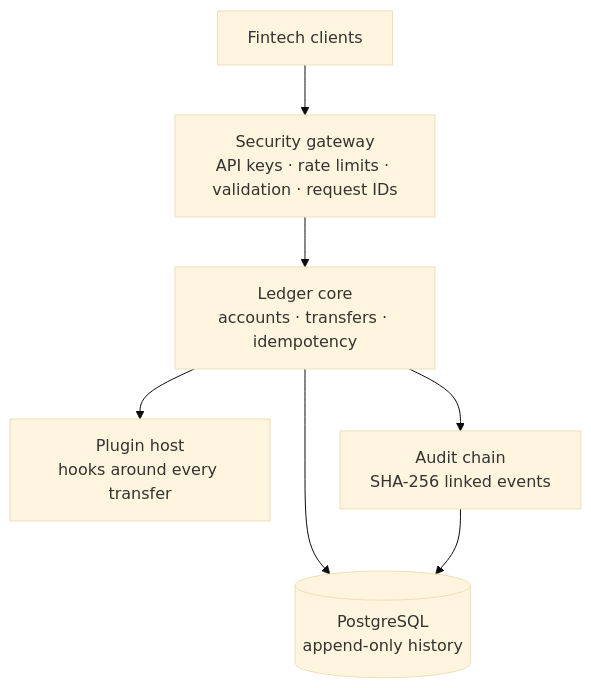
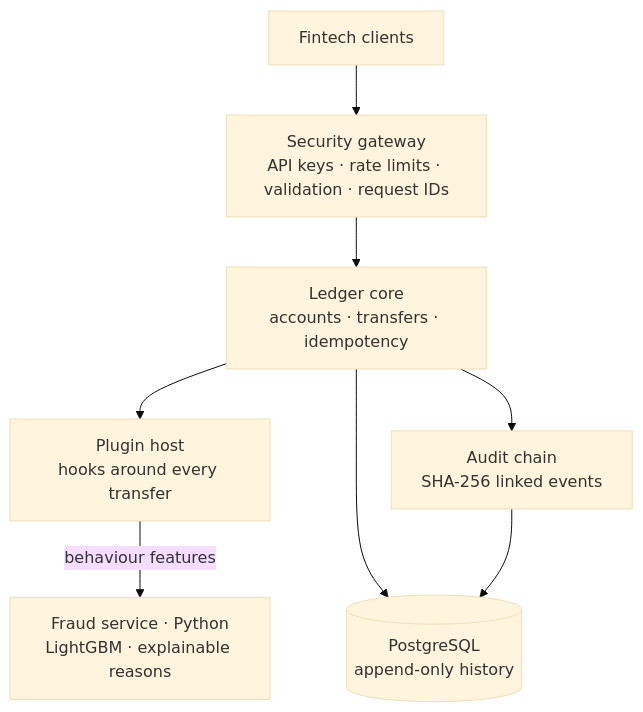
One commit to Moreitu1985/Fintech-sandbox-API- changed the diagram in README.md. Above: the diagram before and after it, drawn with Mermaid (base theme). The commit also changed other lines of this file and 38 other files, not shown here.

First line of the commit message:
Phase 2: ML fraud detection service and fraud-check plugin (#13)

````diff
--- a/README.md
+++ b/README.md
@@ -37,9 +38,10 @@
 ```mermaid
 flowchart TB
     C[Fintech clients] --> G[Security gateway<br/>API keys · rate limits · validation · request IDs]
     G --> L[Ledger core<br/>accounts · transfers · idempotency]
     L --> P[Plugin host<br/>hooks around every transfer]
+    P -->|behaviour features| F[Fraud service · Python<br/>LightGBM · explainable reasons]
     L --> A[Audit chain<br/>SHA-256 linked events]
     L --> DB[(PostgreSQL<br/>append-only history)]
     A --> DB
 ```
````
